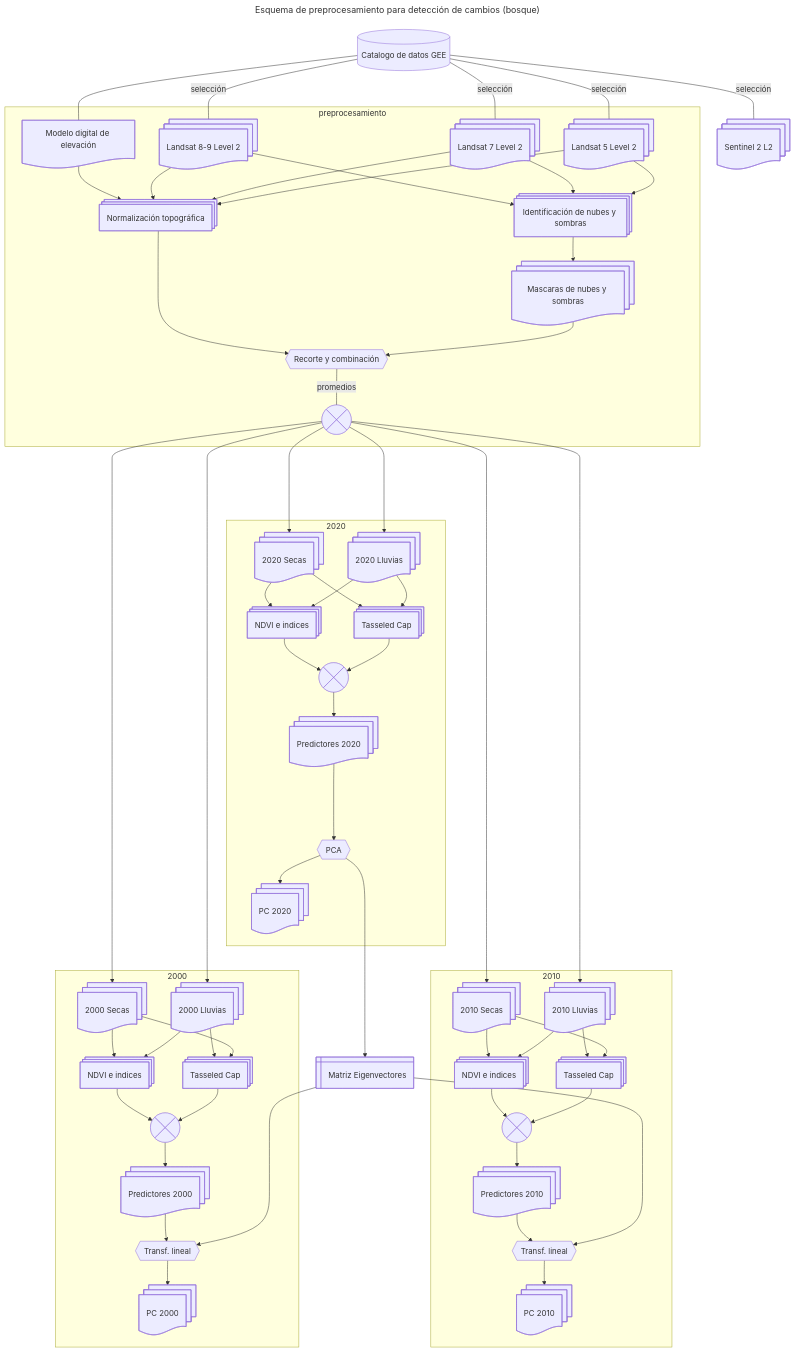
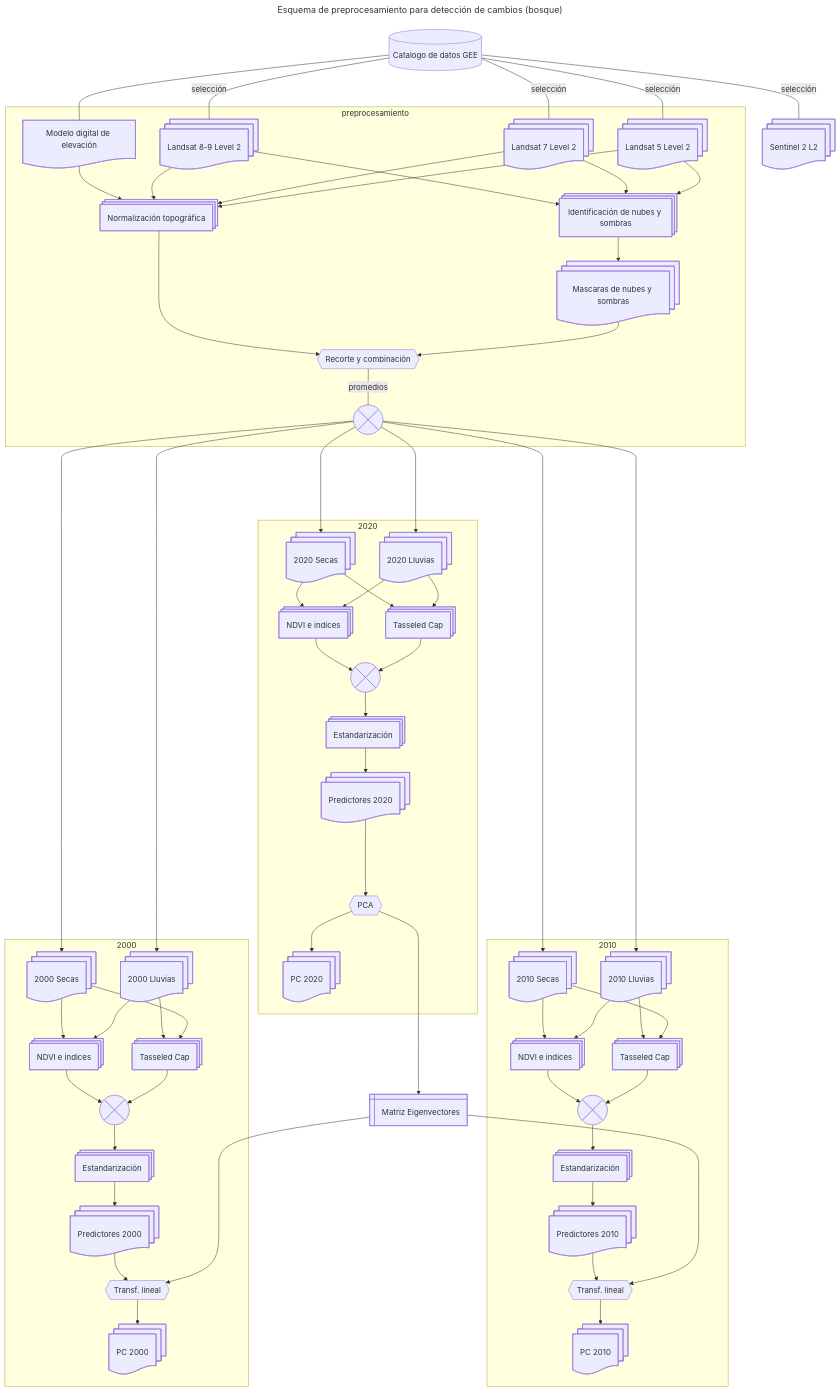
The diagram in ANPs/Esquema_preprocesamiento.mermaid (vshalisko/GEE), drawn with Mermaid before and after one commit.

```diff
--- a/ANPs/Esquema_preprocesamiento.mermaid
+++ b/ANPs/Esquema_preprocesamiento.mermaid
@@ -1,118 +1,125 @@
 ---
 title: Esquema de preprocesamiento para detección de cambios (bosque)
 ---
 flowchart TD
     gee1[(Catalogo de datos GEE)]
     Landsat8@{ shape: docs, label: Landsat 8-9 Level 2}
     Landsat7@{ shape: docs, label: Landsat 7 Level 2}
     Landsat5@{ shape: docs, label: Landsat 5 Level 2}
     Sentinel2@{ shape: docs, label: Sentinel 2 L2}
     MDE@{ shape: doc, label: Modelo digital de elevación}
     
     INS@{ shape: procs, label: "Identificación de nubes y sombras"}
     MNS@{ shape: docs, label: "Mascaras de nubes y sombras"}
     NT@{ shape: procs, label: "Normalización topográfica"}
     Combinacion1@{ shape: hex, label: "Recorte y combinación" }
     Combinacion2@{ shape: cross-circ, label: "Promedios de bandas" }
 
     BSecas2000@{ shape: docs, label: 2000 Secas}
     BLluvias2000@{ shape: docs, label: 2000 Lluvias}
     BSecas2010@{ shape: docs, label: 2010 Secas}
     BLluvias2010@{ shape: docs, label: 2010 Lluvias}
     BSecas2020@{ shape: docs, label: 2020 Secas}
     BLluvias2020@{ shape: docs, label: 2020 Lluvias}
 
     IndVeg2000@{ shape: procs, label: "NDVI e indices"}
     IndVeg2010@{ shape: procs, label: "NDVI e indices"}
     IndVeg2020@{ shape: procs, label: "NDVI e indices"}
     Tass2000@{ shape: procs, label: "Tasseled Cap"}
     Tass2010@{ shape: procs, label: "Tasseled Cap"}
     Tass2020@{ shape: procs, label: "Tasseled Cap"}
 
     Comb2000@{ shape: cross-circ, label: "Combinación" }
     Comb2010@{ shape: cross-circ, label: "Combinación" }
     Comb2020@{ shape: cross-circ, label: "Combinación" }
 
-    Capas2000@{ shape: docs, label: Predictores 2000}
-    Capas2010@{ shape: docs, label: Predictores 2010}
-    Capas2020@{ shape: docs, label: Predictores 2020}
+    Est2000@{ shape: procs, label: "Estandarización"}
+    Est2010@{ shape: procs, label: "Estandarización"}
+    Est2020@{ shape: procs, label: "Estandarización"}
+
+    Capas2000@{ shape: docs, label: "Predictores 2000"}
+    Capas2010@{ shape: docs, label: "Predictores 2010"}
+    Capas2020@{ shape: docs, label: "Predictores 2020"}
 
     PCA2020@{ shape: hex, label: "PCA"}
     TL2000@{ shape: hex, label: "Transf. lineal"}
     TL2010@{ shape: hex, label: "Transf. lineal"}
 
-    CapasPCA2000@{ shape: docs, label: PC 2000}
-    CapasPCA2010@{ shape: docs, label: PC 2010}
-    CapasPCA2020@{ shape: docs, label: PC 2020}
+    CapasPCA2000@{ shape: docs, label: "PC 2000"}
+    CapasPCA2010@{ shape: docs, label: "PC 2010"}
+    CapasPCA2020@{ shape: docs, label: "PC 2020"}
 
     Eigenvectors@{ shape: win-pane, label: "Matriz Eigenvectores" }
 
     gee1---|selección|Landsat8
     gee1---|selección|Landsat7
     gee1---|selección|Landsat5
     gee1---|selección|Sentinel2
     gee1---MDE
 
     subgraph preprocesamiento
         Landsat8-->INS
         Landsat7-->INS
         Landsat5-->INS
 
         MDE-->NT
         Landsat8-->NT
         Landsat7-->NT
         Landsat5-->NT
 
         INS-->MNS
         NT-->Combinacion1
         MNS-->Combinacion1
         Combinacion1---|promedios|Combinacion2
         
     end
 
     Combinacion2---->BSecas2000
     Combinacion2---->BLluvias2000
     Combinacion2---->BSecas2010
     Combinacion2---->BLluvias2010
     Combinacion2---->BSecas2020
     Combinacion2---->BLluvias2020
 
     subgraph 2000
         BSecas2000-->IndVeg2000
         BLluvias2000-->Tass2000
         BLluvias2000-->IndVeg2000
         BSecas2000-->Tass2000
         IndVeg2000-->Comb2000
         Tass2000-->Comb2000
-        Comb2000-->Capas2000
+        Comb2000-->Est2000
+        Est2000-->Capas2000
         Capas2000-->TL2000
         TL2000-->CapasPCA2000
     end
 
     subgraph 2010
         BSecas2010-->IndVeg2010
         BLluvias2010-->Tass2010
         BLluvias2010-->IndVeg2010
         BSecas2010-->Tass2010
         IndVeg2010-->Comb2010
         Tass2010-->Comb2010
-        Comb2010-->Capas2010
+        Comb2010-->Est2010
+        Est2010-->Capas2010
         Capas2010-->TL2010
         TL2010-->CapasPCA2010
     end
 
     subgraph 2020
         BSecas2020-->IndVeg2020
         BSecas2020-->Tass2020
         BLluvias2020-->IndVeg2020
         BLluvias2020-->Tass2020
         IndVeg2020-->Comb2020
         Tass2020-->Comb2020
-        Comb2020-->Capas2020
+        Comb2020-->Est2020
+        Est2020-->Capas2020
         Capas2020---->PCA2020
         PCA2020-->CapasPCA2020
     end
 
     PCA2020---->Eigenvectors
     Eigenvectors---->TL2000
     Eigenvectors---->TL2010
```
